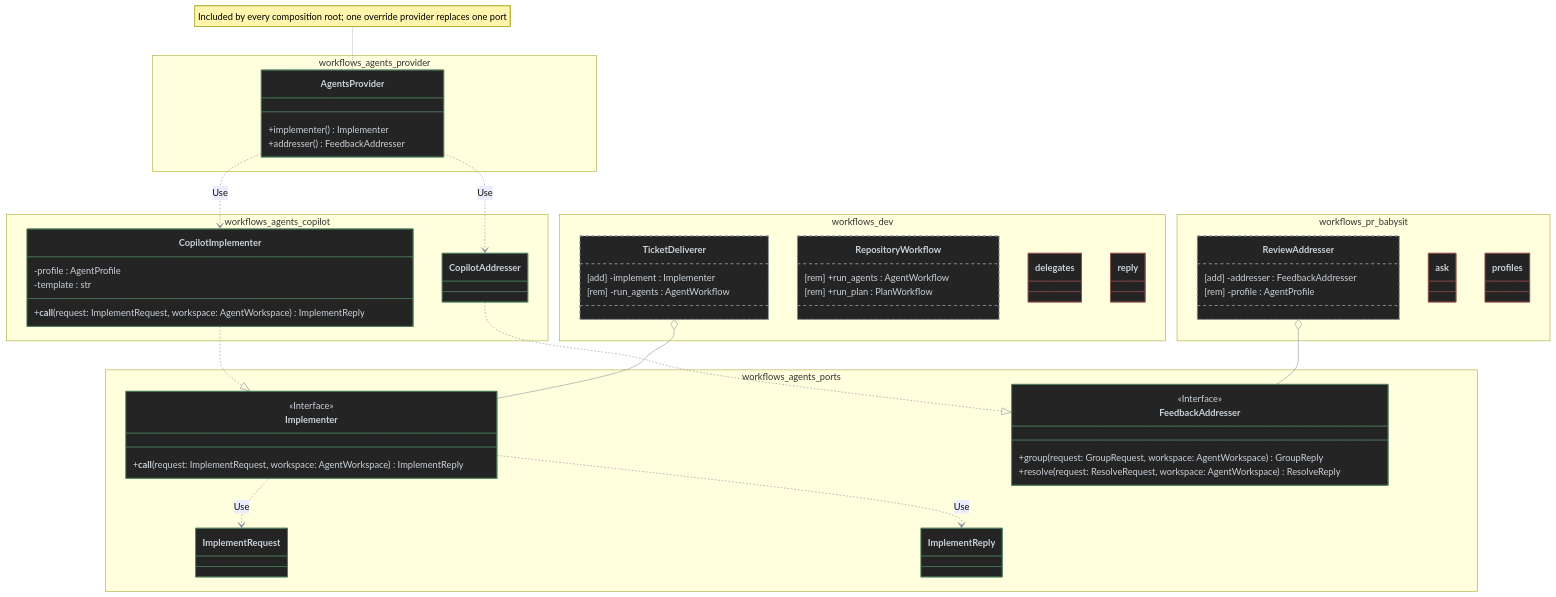
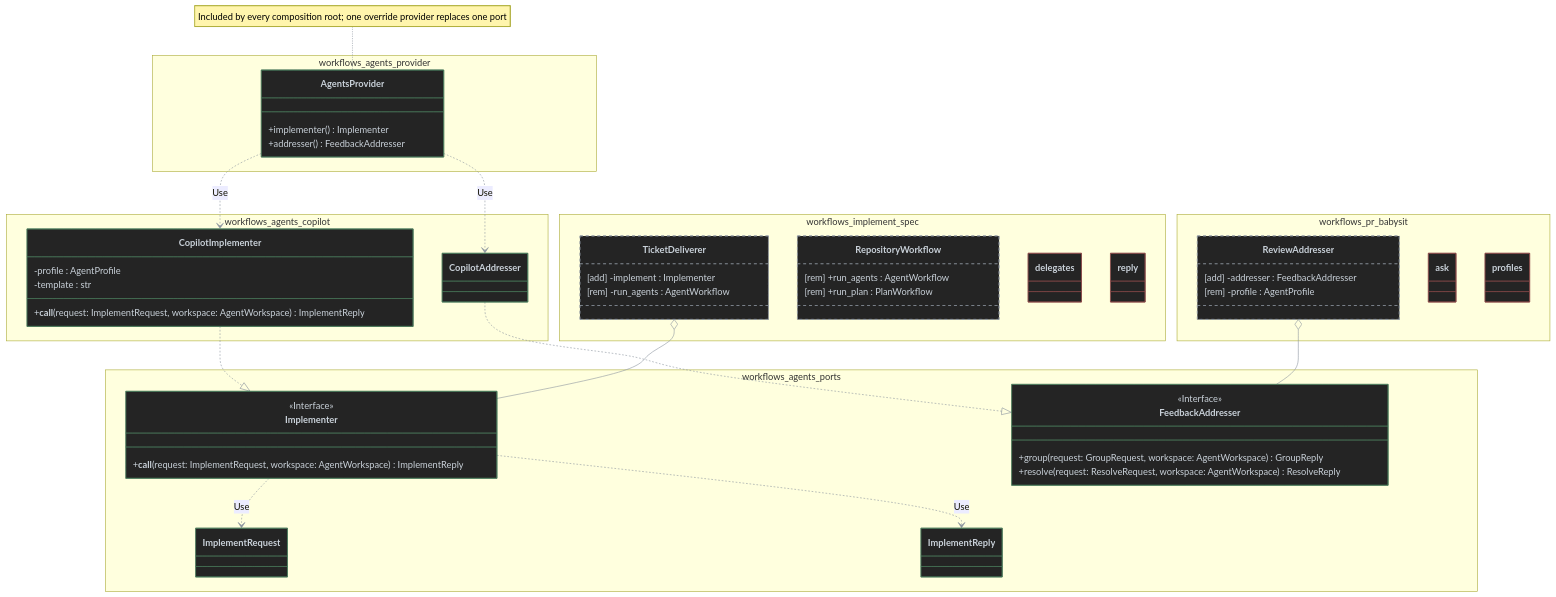
One commit to antshc/loop changed the fourth of 5 diagrams in docs/design/cross-workflow-reusable-agents.md. Above: the diagram before and after it, drawn with Mermaid. The commit also changed other lines of this file and 121 other files, not shown here.

Commit message:
rename dev to implement spec

```diff
--- a/docs/design/cross-workflow-reusable-agents.md
+++ b/docs/design/cross-workflow-reusable-agents.md
@@ -677,7 +676,7 @@
             +addresser() FeedbackAddresser
         }
     }
-    namespace workflows_dev {
+    namespace workflows_implement_spec {
         class TicketDeliverer {
             [add] -implement : Implementer
             [rem] -run_agents : AgentWorkflow
```
